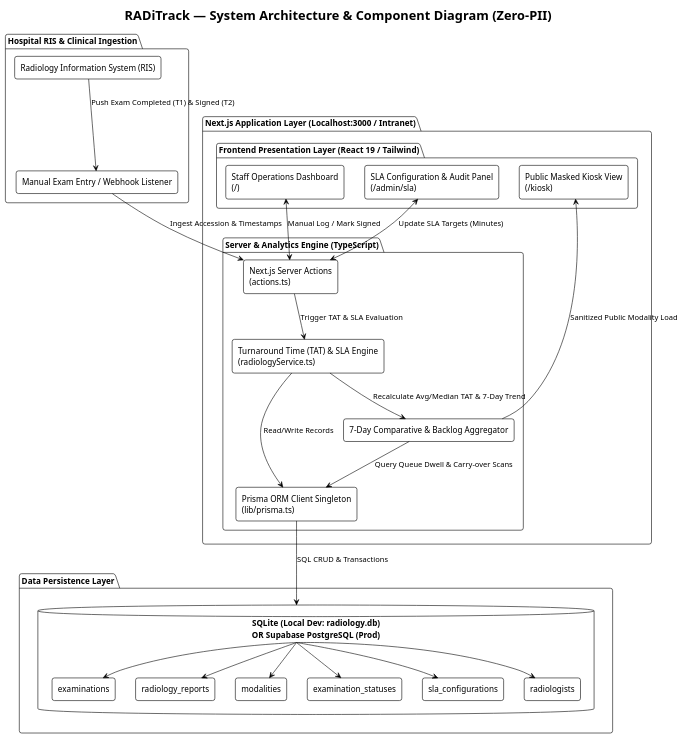
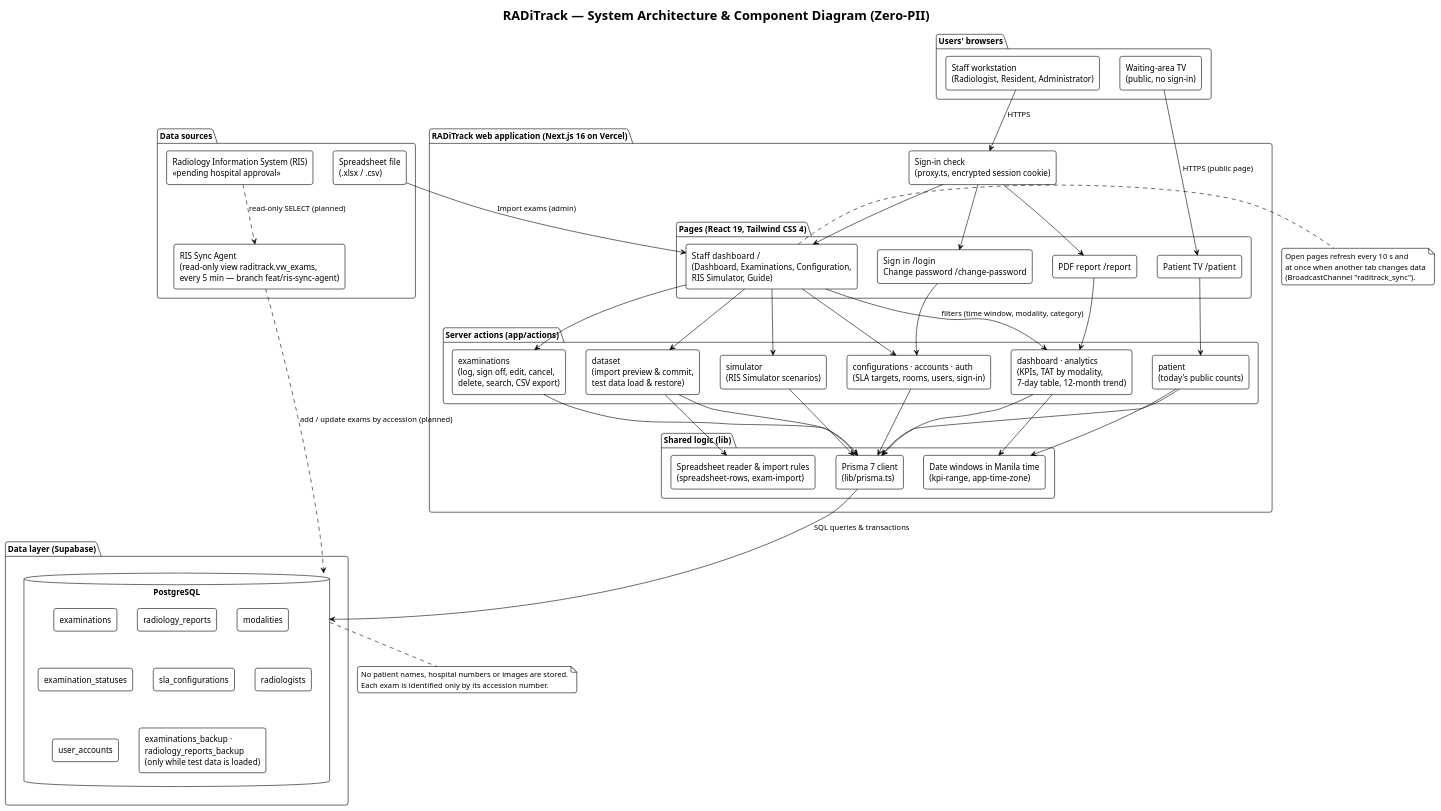
The diagram in DIAGRAMS/System_Architecture_V1.puml (mgoblimar/RADiTrack), drawn with PlantUML before and after one commit. The commit also changed 7 other files, not shown here.

First line of the commit message:
docs: bring the diagrams in line with the current system

```diff
--- a/DIAGRAMS/System_Architecture_V1.puml
+++ b/DIAGRAMS/System_Architecture_V1.puml
@@ -1,65 +1,108 @@
 @startuml raditrack_system_architecture
 !theme plain
 skinparam componentStyle rectangle
 skinparam shadowing false
 skinparam roundcorner 8
 skinparam defaultFontName Arial
 
 title RADiTrack — System Architecture & Component Diagram (Zero-PII)
 
-package "Hospital RIS & Clinical Ingestion" as IngestionBoundary {
-    [Radiology Information System (RIS)] as ExtRIS
-    [Manual Exam Entry / Webhook Listener] as IngestionHook
+package "Data sources" as Sources {
+    [Radiology Information System (RIS)\n<<pending hospital approval>>] as ExtRIS
+    [RIS Sync Agent\n(read-only view raditrack.vw_exams,\nevery 5 min — branch feat/ris-sync-agent)] as SyncAgent
+    [Spreadsheet file\n(.xlsx / .csv)] as SpreadsheetFile
 }
 
-package "Next.js Application Layer (Localhost:3000 / Intranet)" as AppLayer {
-    
-    package "Frontend Presentation Layer (React 19 / Tailwind)" as UI {
-        [Staff Operations Dashboard\n(/)] as StaffDashboard
-        [Public Masked Kiosk View\n(/kiosk)] as PublicKiosk
-        [SLA Configuration & Audit Panel\n(/admin/sla)] as AdminPanel
+package "Users' browsers" as Browsers {
+    [Staff workstation\n(Radiologist, Resident, Administrator)] as StaffBrowser
+    [Waiting-area TV\n(public, no sign-in)] as TvBrowser
+}
+
+package "RADiTrack web application (Next.js 16 on Vercel)" as AppLayer {
+
+    [Sign-in check\n(proxy.ts, encrypted session cookie)] as Proxy
+
+    package "Pages (React 19, Tailwind CSS 4)" as UI {
+        [Staff dashboard  /\n(Dashboard, Examinations, Configuration,\nRIS Simulator, Guide)] as StaffDashboard
+        [Patient TV  /patient] as PatientTv
+        [PDF report  /report] as ReportPage
+        [Sign in  /login\nChange password  /change-password] as AuthPages
     }
 
-    package "Server & Analytics Engine (TypeScript)" as Backend {
-        [Next.js Server Actions\n(actions.ts)] as ServerActions
-        [Turnaround Time (TAT) & SLA Engine\n(radiologyService.ts)] as TatEngine
-        [7-Day Comparative & Backlog Aggregator] as Aggregator
-        [Prisma ORM Client Singleton\n(lib/prisma.ts)] as PrismaClient
+    package "Server actions (app/actions)" as Actions {
+        [dashboard · analytics\n(KPIs, TAT by modality,\n7-day table, 12-month trend)] as Analytics
+        [examinations\n(log, sign off, edit, cancel,\ndelete, search, CSV export)] as ExamActions
+        [dataset\n(import preview & commit,\ntest data load & restore)] as DatasetActions
+        [configurations · accounts · auth\n(SLA targets, rooms, users, sign-in)] as ConfigActions
+        [patient\n(today's public counts)] as PatientActions
+        [simulator\n(RIS Simulator scenarios)] as SimulatorActions
+    }
+
+    package "Shared logic (lib)" as Lib {
+        [Spreadsheet reader & import rules\n(spreadsheet-rows, exam-import)] as ImportLib
+        [Date windows in Manila time\n(kpi-range, app-time-zone)] as TimeLib
+        [Prisma 7 client\n(lib/prisma.ts)] as PrismaClient
     }
 }
 
-package "Data Persistence Layer" as DataLayer {
-    database "SQLite (Local Dev: radiology.db)\nOR Supabase PostgreSQL (Prod)" as Database {
+package "Data layer (Supabase)" as DataLayer {
+    database "PostgreSQL" as Database {
         [examinations] as TblExams
         [radiology_reports] as TblReports
         [modalities] as TblModalities
         [examination_statuses] as TblStatuses
         [sla_configurations] as TblSla
         [radiologists] as TblStaff
+        [user_accounts] as TblUsers
+        [examinations_backup ·\nradiology_reports_backup\n(only while test data is loaded)] as TblBackup
     }
 }
 
 ' ==============================================================================
 ' CONNECTIONS & DATA FLOW
 ' ==============================================================================
 
-ExtRIS --> IngestionHook : Push Exam Completed (T1) & Signed (T2)
-IngestionHook --> ServerActions : Ingest Accession & Timestamps
-StaffDashboard <--> ServerActions : Manual Log / Mark Signed
-PublicKiosk <-- Aggregator : Sanitized Public Modality Load
-AdminPanel <--> ServerActions : Update SLA Targets (Minutes)
+ExtRIS ..> SyncAgent : read-only SELECT (planned)
+SyncAgent ..> Database : add / update exams by accession (planned)
+SpreadsheetFile --> StaffDashboard : Import exams (admin)
 
-ServerActions --> TatEngine : Trigger TAT & SLA Evaluation
-TatEngine --> Aggregator : Recalculate Avg/Median TAT & 7-Day Trend
-TatEngine --> PrismaClient : Read/Write Records
-Aggregator --> PrismaClient : Query Queue Dwell & Carry-over Scans
+StaffBrowser --> Proxy : HTTPS
+TvBrowser --> PatientTv : HTTPS (public page)
+Proxy --> StaffDashboard
+Proxy --> ReportPage
+Proxy --> AuthPages
 
-PrismaClient --> Database : SQL CRUD & Transactions
-Database --> TblExams
-Database --> TblReports
-Database --> TblModalities
-Database --> TblStatuses
-Database --> TblSla
-Database --> TblStaff
+StaffDashboard --> Analytics : filters (time window, modality, category)
+StaffDashboard --> ExamActions
+StaffDashboard --> DatasetActions
+StaffDashboard --> ConfigActions
+StaffDashboard --> SimulatorActions
+ReportPage --> Analytics
+AuthPages --> ConfigActions
+PatientTv --> PatientActions
+
+DatasetActions --> ImportLib
+Analytics --> TimeLib
+PatientActions --> TimeLib
+
+Analytics --> PrismaClient
+ExamActions --> PrismaClient
+DatasetActions --> PrismaClient
+ConfigActions --> PrismaClient
+PatientActions --> PrismaClient
+SimulatorActions --> PrismaClient
+
+PrismaClient --> Database : SQL queries & transactions
+
+note bottom of Database
+  No patient names, hospital numbers or images are stored.
+  Each exam is identified only by its accession number.
+end note
+
+note right of StaffDashboard
+  Open pages refresh every 10 s and
+  at once when another tab changes data
+  (BroadcastChannel "raditrack_sync").
+end note
 
 @enduml
```
